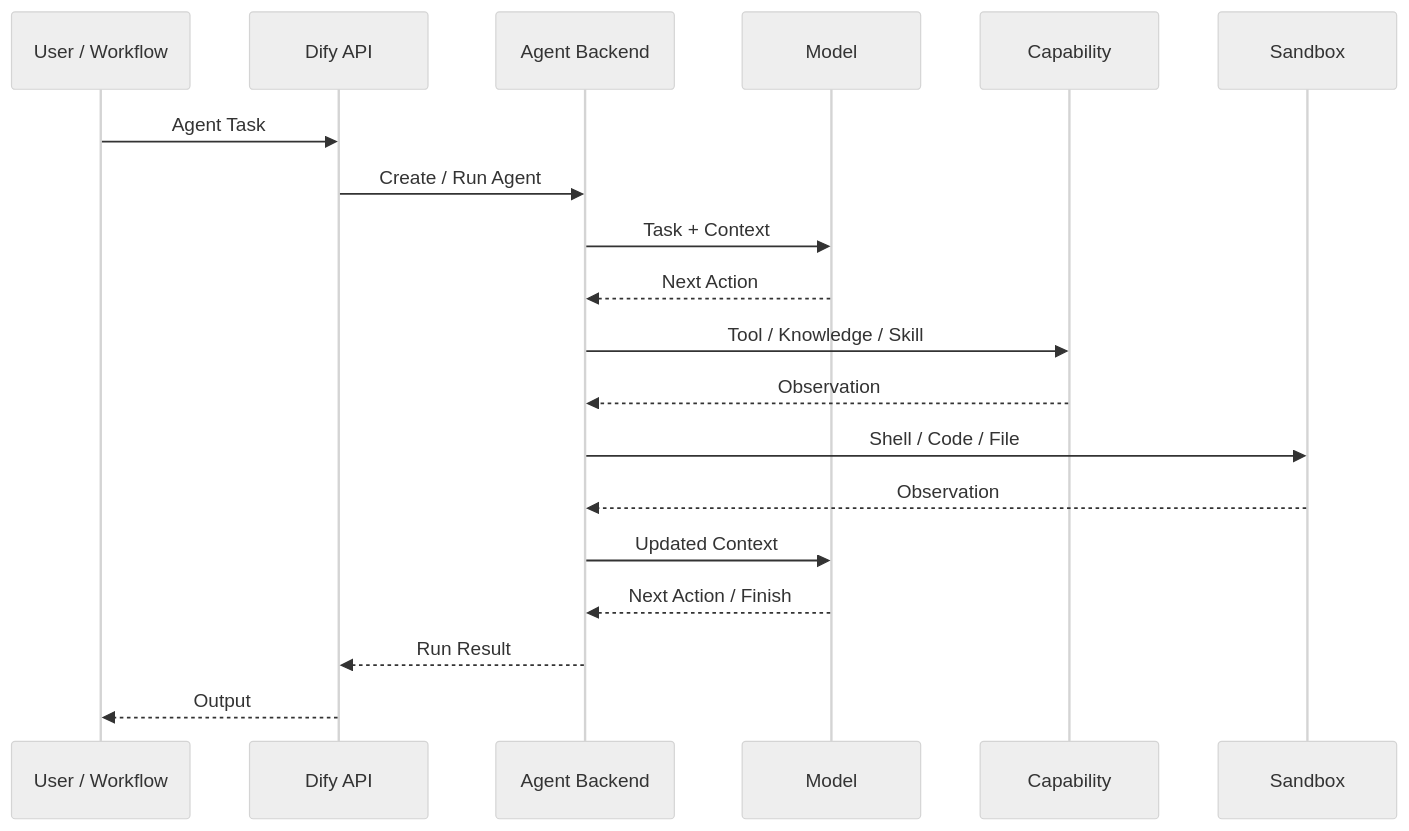
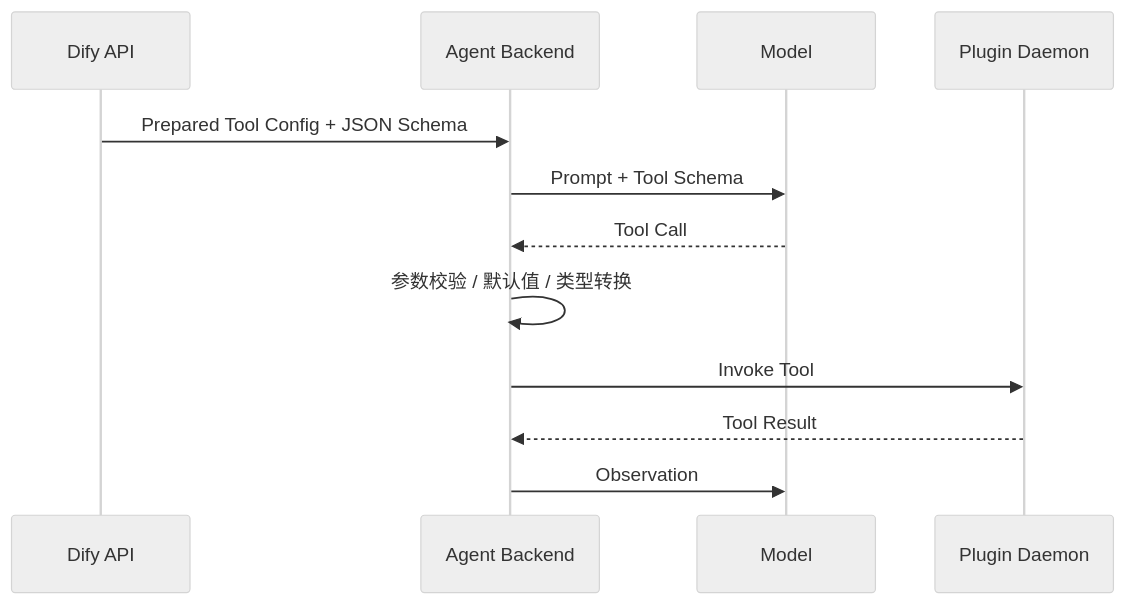
Before and after one commit to sgfd-ui/internship: diagram 16 of 20 in weekly-report/dify-1.17-core-capabilities-research.md, drawn with Mermaid (neutral theme). The commit also changed other lines of this file, not shown here.

Commit message:
docs: deepen Dify AI Workflow and Agent research structure

````diff
--- a/weekly-report/dify-1.17-core-capabilities-research.md
+++ b/weekly-report/dify-1.17-core-capabilities-research.md
@@ -331,22 +543,15 @@
 ```mermaid
 sequenceDiagram
-    participant U as User / Workflow
     participant API as Dify API
-    participant AB as Agent Backend
-    participant M as Model
-    participant C as Capability
-    participant SB as Sandbox
+    participant Agent as Agent Backend
+    participant Model as Model
+    participant Plugin as Plugin Daemon
 
-    U->>API: Agent Task
-    API->>AB: Create / Run Agent
-    AB->>M: Task + Context
-    M-->>AB: Next Action
-    AB->>C: Tool / Knowledge / Skill
-    C-->>AB: Observation
-    AB->>SB: Shell / Code / File
-    SB-->>AB: Observation
-    AB->>M: Updated Context
-    M-->>AB: Next Action / Finish
-    AB-->>API: Run Result
-    API-->>U: Output
+    API->>Agent: Prepared Tool Config + JSON Schema
+    Agent->>Model: Prompt + Tool Schema
+    Model-->>Agent: Tool Call
+    Agent->>Agent: 参数校验 / 默认值 / 类型转换
+    Agent->>Plugin: Invoke Tool
+    Plugin-->>Agent: Tool Result
+    Agent->>Model: Observation
 ```
````
